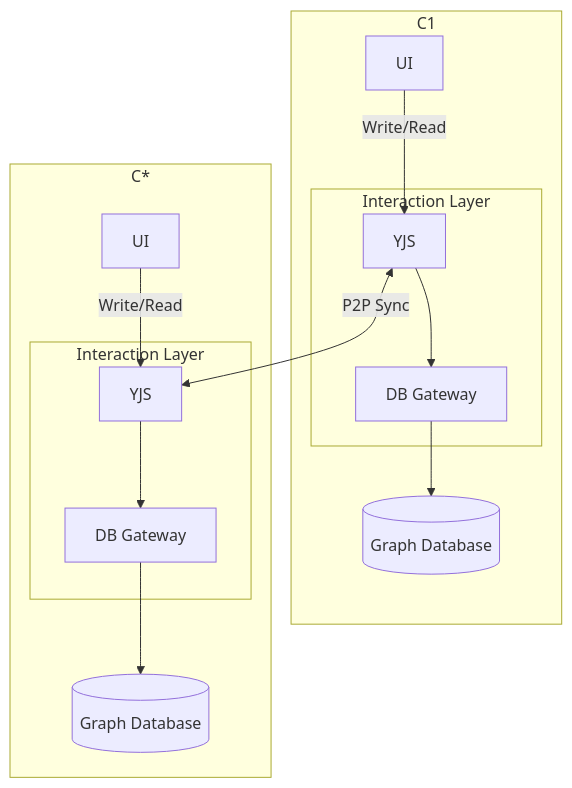
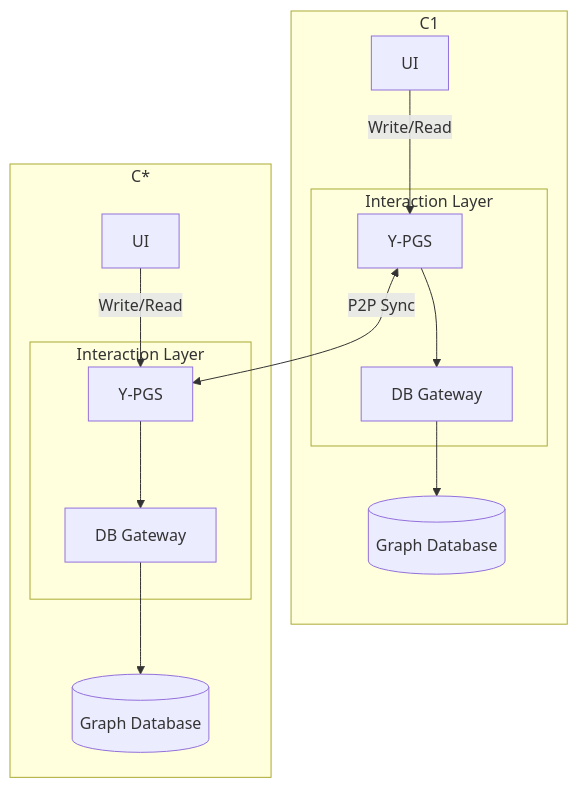
One commit to MichaLandgram/Property_Graph_CRDT changed the sixth of 8 diagrams in MasterReactApp_ts/Thoughts/Architecture/Architecture_Decisions.md. Above: the diagram before and after it, drawn with Mermaid. The commit also changed other lines of this file, not shown here.

````diff
--- a/MasterReactApp_ts/Thoughts/Architecture/Architecture_Decisions.md
+++ b/MasterReactApp_ts/Thoughts/Architecture/Architecture_Decisions.md
@@ -119,18 +119,18 @@
 ```mermaid
 graph TD
     subgraph C1
-        UI1[UI] -->|Write/Read| YA[YJS] 
+        UI1[UI] -->|Write/Read| YA[Y-PGS] 
         subgraph Interaction Layer1[Interaction Layer]
-            YA[YJS] --> GA[DB Gateway]
+            YA[Y-PGS] --> GA[DB Gateway]
         end
         GA --> DBA[(Graph Database)]
     end
     subgraph C*
-        UI2[UI] -->|Write/Read| YB[YJS]
+        UI2[UI] -->|Write/Read| YB[Y-PGS]
         subgraph Interaction Layer2[Interaction Layer]
-            YB[YJS] --> GB[DB Gateway]
+            YB[Y-PGS] --> GB[DB Gateway]
         end
         GB --> DBB[(Graph Database)]
     end
     YA <-->|P2P Sync| YB
 ```
````
